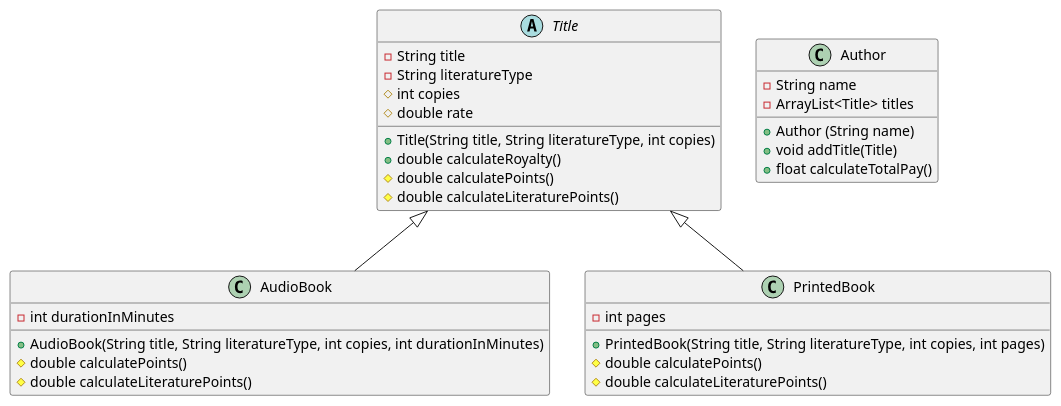
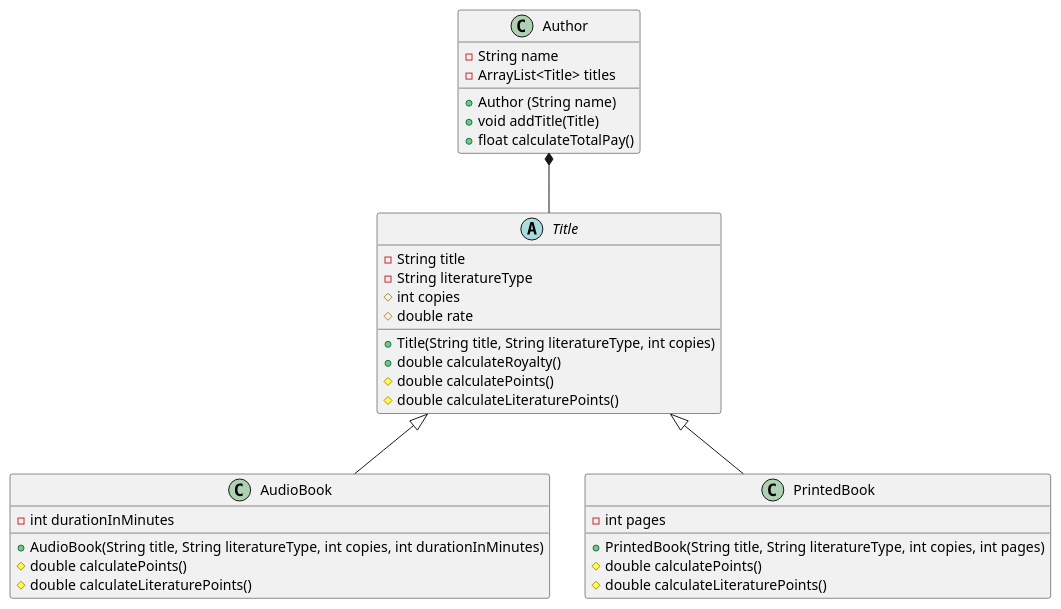
One commit to niki03125/SP2 changed the diagram in SP2/doc/ClassDiagram.puml. Above: the diagram before and after it, drawn with PlantUML. The commit also changed 5 other files, not shown here.

```diff
--- a/SP2/doc/ClassDiagram.puml
+++ b/SP2/doc/ClassDiagram.puml
@@ -1,42 +1,44 @@
 @startuml
 
 abstract class Title {
     - String title
     - String literatureType
     # int copies
     # double rate
 
     + Title(String title, String literatureType, int copies)
     + double calculateRoyalty()
     # double calculatePoints()
     # double calculateLiteraturePoints()
 }
+
+Author *-- Title
 
 class Author{
     - String name
     - ArrayList<Title> titles
 
     + Author (String name)
     + void addTitle(Title)
     + float calculateTotalPay()
 }
 
 
 
 class AudioBook extends Title{
     - int durationInMinutes
 
     + AudioBook(String title, String literatureType, int copies, int durationInMinutes)
     # double calculatePoints()
     # double calculateLiteraturePoints()
 }
 
 class PrintedBook extends Title{
     - int pages
 
     + PrintedBook(String title, String literatureType, int copies, int pages)
     # double calculatePoints()
     # double calculateLiteraturePoints()
 }
 
 @enduml
```
